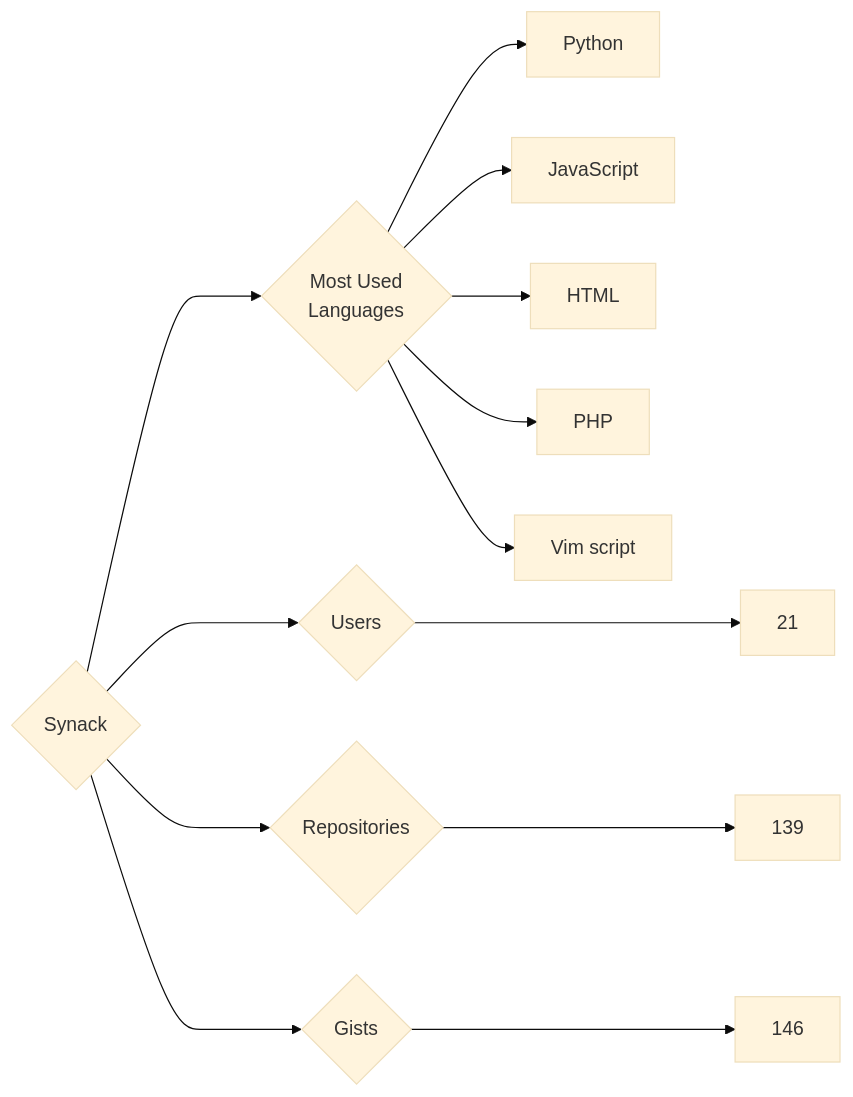
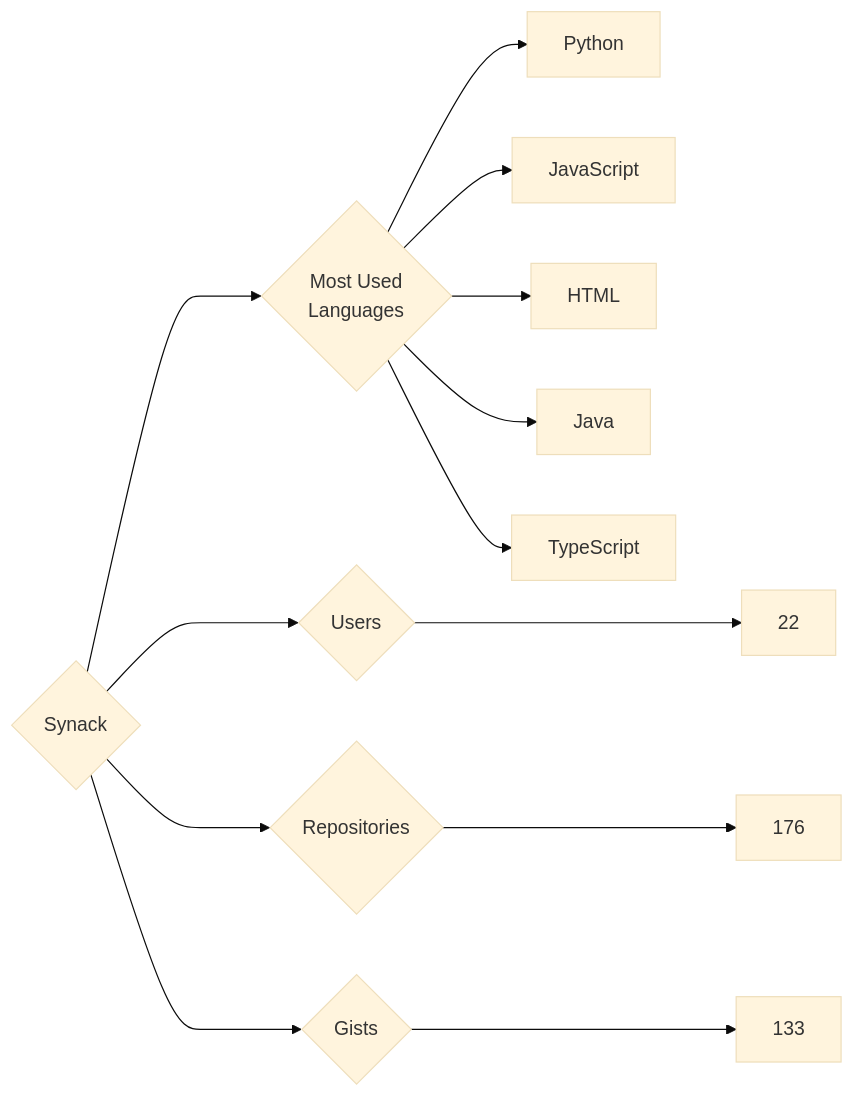
The diagram in targets/Synack/README.md (trickest/insiders), drawn with Mermaid (base theme) before and after one commit. The commit also changed 1011 other files, not shown here.

````diff
--- a/targets/Synack/README.md
+++ b/targets/Synack/README.md
@@ -3,13 +3,13 @@
 ```mermaid
 graph LR
 COMPANY_NAME{Synack}
-COMPANY_NAME ---> U{Users} ---> UN[21]
-COMPANY_NAME ---> R{Repositories} ---> RN[139]
-COMPANY_NAME ---> G{Gists} ---> GN[146]
+COMPANY_NAME ---> U{Users} ---> UN[22]
+COMPANY_NAME ---> R{Repositories} ---> RN[176]
+COMPANY_NAME ---> G{Gists} ---> GN[133]
 COMPANY_NAME ---> ML{Most Used<br>Languages}
 ML --> Python[Python]
 ML --> JavaScript[JavaScript]
 ML --> HTML[HTML]
-ML --> PHP[PHP]
-ML --> Vim_script[Vim script]
+ML --> Java[Java]
+ML --> TypeScript[TypeScript]
 ```
````
